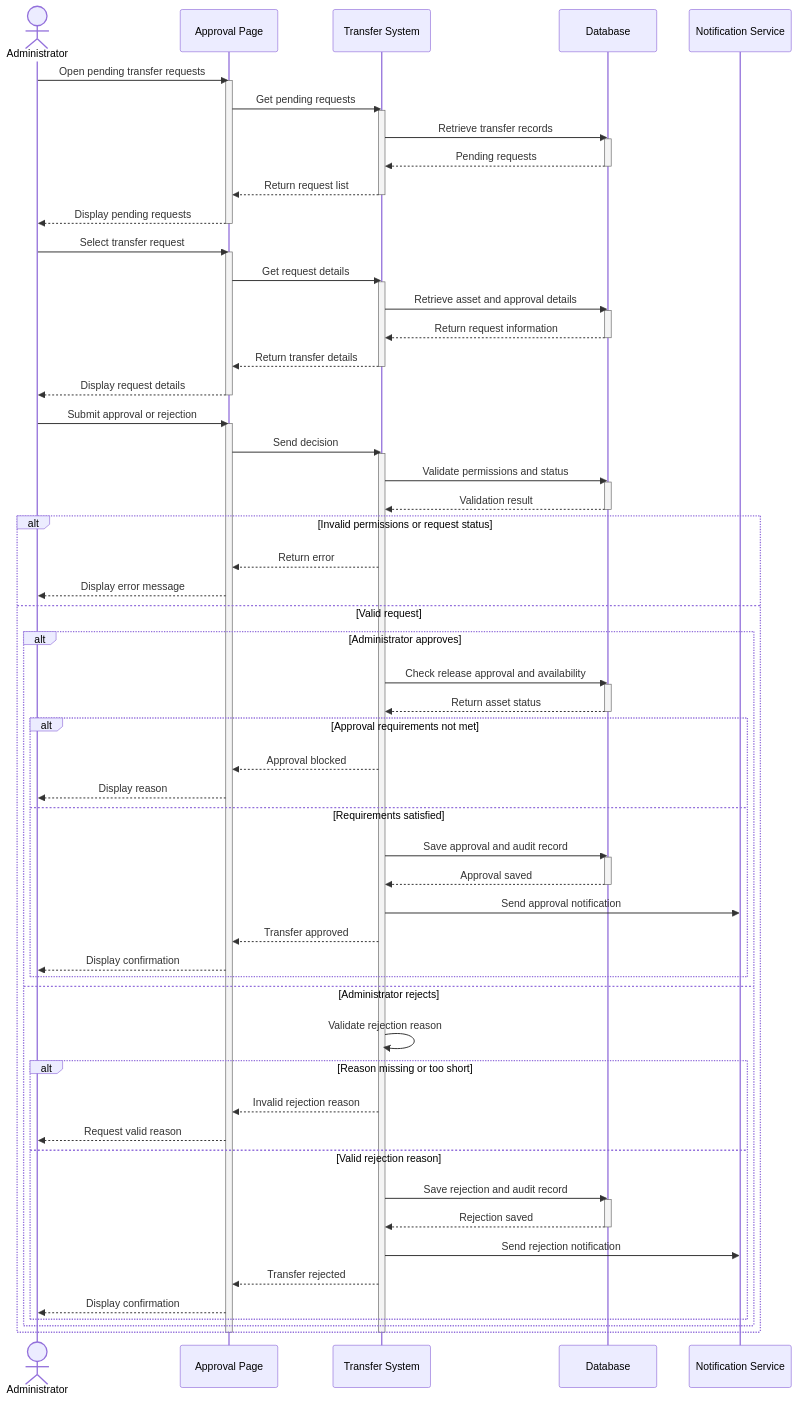
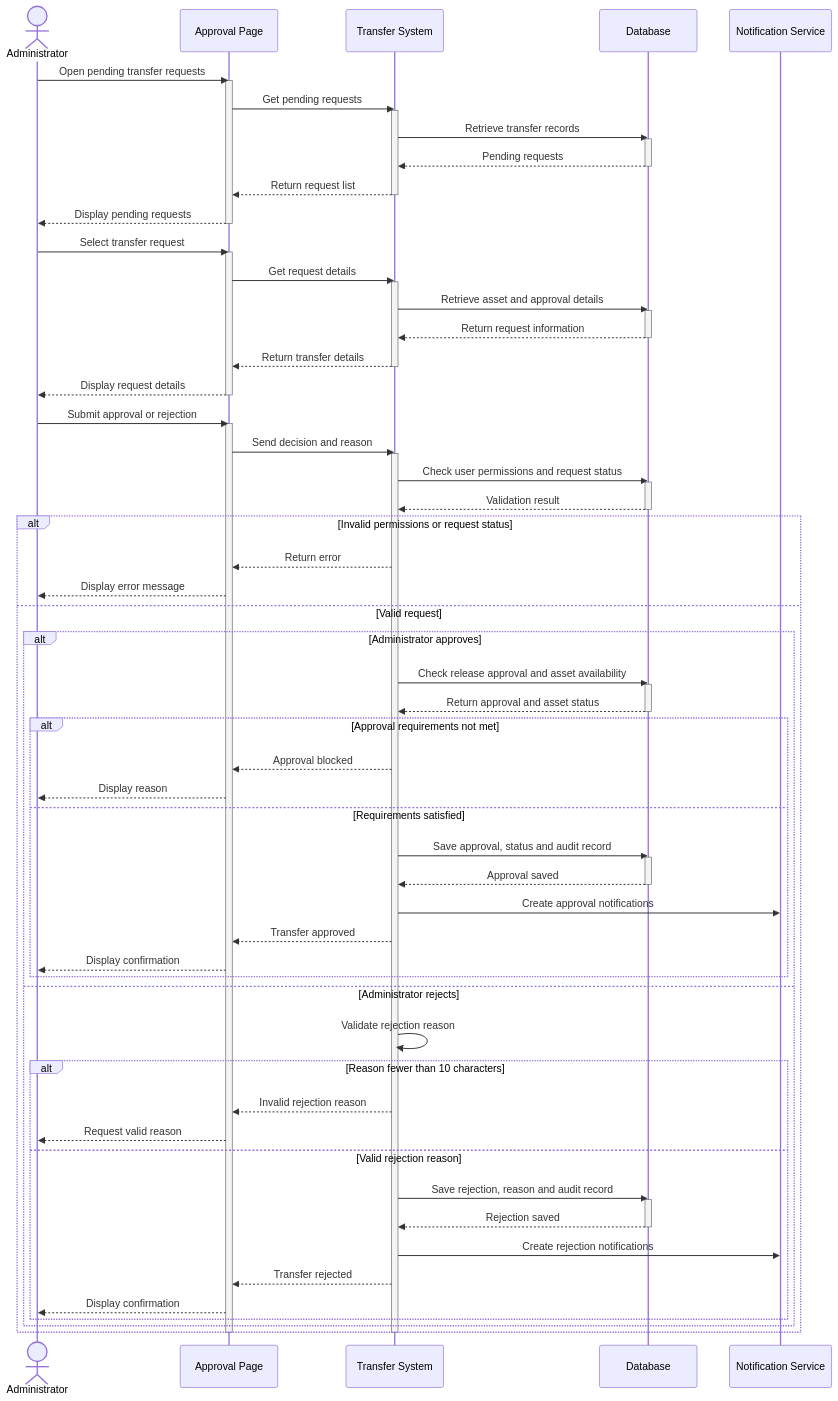
Before and after one commit to Abdulla66541/COSC336-GROUP5: the first of 2 diagrams in phase 4-5/02_approvals_transfers_maintenance.md, drawn with Mermaid. The commit also changed other lines of this file, not shown here.

```diff
--- a/phase 4-5/02_approvals_transfers_maintenance.md
+++ b/phase 4-5/02_approvals_transfers_maintenance.md
@@ -75,9 +80,9 @@
 
     AD->>UI: Submit approval or rejection
     activate UI
-    UI->>TS: Send decision
+    UI->>TS: Send decision and reason
     activate TS
-    TS->>DB: Validate permissions and status
+    TS->>DB: Check user permissions and request status
     activate DB
     DB-->>TS: Validation result
     deactivate DB
@@ -88,20 +93,20 @@
 
     else Valid request
         alt Administrator approves
-            TS->>DB: Check release approval and availability
+            TS->>DB: Check release approval and asset availability
             activate DB
-            DB-->>TS: Return asset status
+            DB-->>TS: Return approval and asset status
             deactivate DB
 
             alt Approval requirements not met
                 TS-->>UI: Approval blocked
                 UI-->>AD: Display reason
             else Requirements satisfied
-                TS->>DB: Save approval and audit record
+                TS->>DB: Save approval, status and audit record
                 activate DB
                 DB-->>TS: Approval saved
                 deactivate DB
-                TS->>NS: Send approval notification
+                TS->>NS: Create approval notifications
                 TS-->>UI: Transfer approved
                 UI-->>AD: Display confirmation
             end
@@ -109,15 +114,15 @@
         else Administrator rejects
             TS->>TS: Validate rejection reason
 
-            alt Reason missing or too short
+            alt Reason fewer than 10 characters
                 TS-->>UI: Invalid rejection reason
                 UI-->>AD: Request valid reason
             else Valid rejection reason
-                TS->>DB: Save rejection and audit record
+                TS->>DB: Save rejection, reason and audit record
                 activate DB
                 DB-->>TS: Rejection saved
                 deactivate DB
-                TS->>NS: Send rejection notification
+                TS->>NS: Create rejection notifications
                 TS-->>UI: Transfer rejected
                 UI-->>AD: Display confirmation
             end
```
